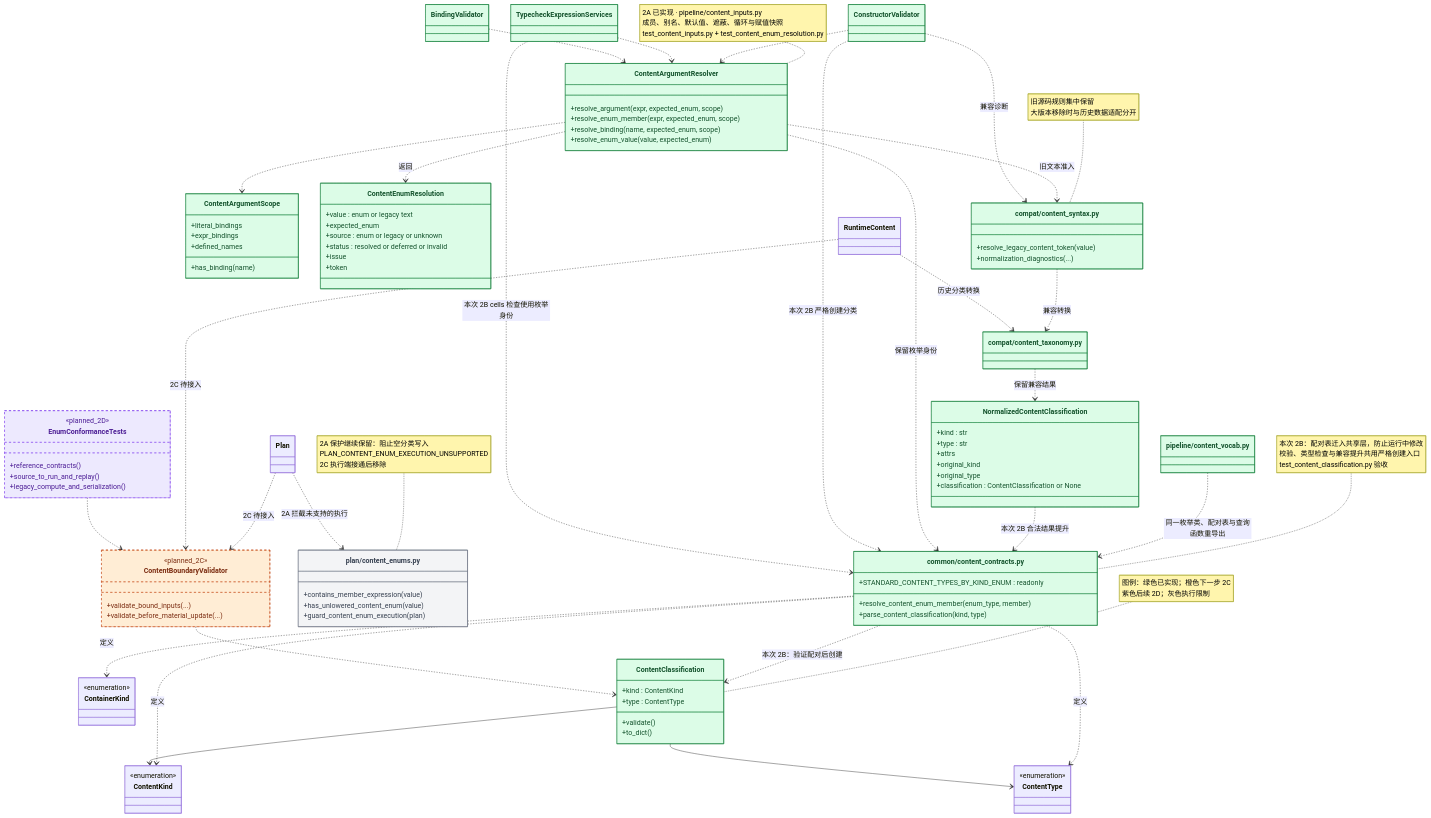
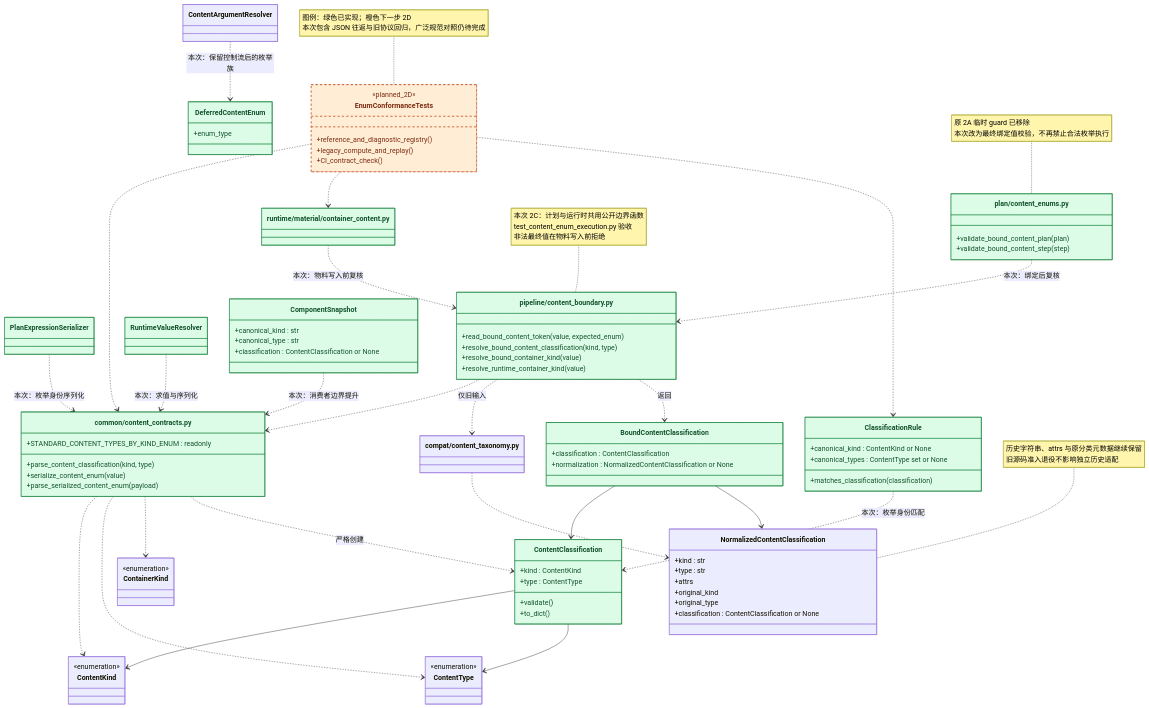
The third of 3 diagrams in docs/architecture/pipeline/validate_module_diagrams.md (culsma/culsma), drawn with Mermaid before and after one commit. The commit also changed other lines of this file and 22 other files, not shown here.

Commit message:
feat: execute content enums with bound classification checks

````diff
--- a/docs/architecture/pipeline/validate_module_diagrams.md
+++ b/docs/architecture/pipeline/validate_module_diagrams.md
@@ -116,8 +96,9 @@
 classDiagram
     class SharedContentContracts["common/content_contracts.py"]
     class SharedContentContracts {
-        +resolve_content_enum_member(enum_type, member)
         +parse_content_classification(kind, type)
+        +serialize_content_enum(value)
+        +parse_serialized_content_enum(payload)
         +STANDARD_CONTENT_TYPES_BY_KIND_ENUM : readonly
     }
     class ContentKind {
@@ -129,37 +110,41 @@
     class ContainerKind {
         <<enumeration>>
     }
-    SharedContentContracts ..> ContentKind : 定义
-    SharedContentContracts ..> ContentType : 定义
-    SharedContentContracts ..> ContainerKind : 定义
-    class ContentVocabulary["pipeline/content_vocab.py"]
-    ContentVocabulary ..> SharedContentContracts : 同一枚举类、配对表与查询函数重导出
-    class ContentArgumentScope {
-        +literal_bindings
-        +expr_bindings
-        +defined_names
-        +has_binding(name)
+    class ContentClassification {
+        +kind : ContentKind
+        +type : ContentType
+        +validate()
+        +to_dict()
     }
-    class ContentArgumentResolver {
-        +resolve_argument(expr, expected_enum, scope)
-        +resolve_enum_member(expr, expected_enum, scope)
-        +resolve_binding(name, expected_enum, scope)
-        +resolve_enum_value(value, expected_enum)
+    SharedContentContracts ..> ContentKind
+    SharedContentContracts ..> ContentType
+    SharedContentContracts ..> ContainerKind
+    SharedContentContracts ..> ContentClassification : 严格创建
+    ContentClassification --> ContentKind
+    ContentClassification --> ContentType
+    class ContentArgumentResolver
+    class DeferredContentEnum {
+        +enum_type
     }
-    class ContentEnumResolution {
-        +value : enum or legacy text
-        +expected_enum
-        +source : enum or legacy or unknown
-        +status : resolved or deferred or invalid
-        +issue
-        +token
+    ContentArgumentResolver ..> DeferredContentEnum : 本次：保留控制流后的枚举族
+    class PlanExpressionSerializer
+    PlanExpressionSerializer ..> SharedContentContracts : 本次：枚举身份序列化
+    class BoundContentPlanValidator["plan/content_enums.py"]
+    class BoundContentPlanValidator {
+        +validate_bound_content_plan(plan)
+        +validate_bound_content_step(step)
     }
-    class LegacyContentSyntax["compat/content_syntax.py"]
-    class LegacyContentSyntax {
-        +resolve_legacy_content_token(value)
-        +normalization_diagnostics(...)
+    class ContentBoundary["pipeline/content_boundary.py"]
+    class ContentBoundary {
+        +read_bound_content_token(value, expected_enum)
+        +resolve_bound_content_classification(kind, type)
+        +resolve_bound_container_kind(value)
+        +resolve_runtime_container_kind(value)
     }
-    class LegacyContentTaxonomy["compat/content_taxonomy.py"]
+    class BoundContentClassification {
+        +classification : ContentClassification
+        +normalization : NormalizedContentClassification or None
+    }
     class NormalizedContentClassification {
         +kind : str
         +type : str
@@ -168,74 +153,53 @@
         +original_type
         +classification : ContentClassification or None
     }
-    LegacyContentTaxonomy ..> NormalizedContentClassification : 保留兼容结果
-    NormalizedContentClassification ..> SharedContentContracts : 本次 2B 合法结果提升
-    class ConstructorValidator
-    class TypecheckExpressionServices
-    class BindingValidator
-    ConstructorValidator ..> ContentArgumentResolver
-    TypecheckExpressionServices ..> ContentArgumentResolver
-    BindingValidator ..> ContentArgumentResolver
-    ContentArgumentResolver ..> ContentArgumentScope
-    ContentArgumentResolver ..> ContentEnumResolution : 返回
-    ContentArgumentResolver ..> SharedContentContracts : 保留枚举身份
-    ContentArgumentResolver ..> LegacyContentSyntax : 旧文本准入
-    ConstructorValidator ..> SharedContentContracts : 本次 2B 严格创建分类
-    TypecheckExpressionServices ..> SharedContentContracts : 本次 2B cells 检查使用枚举身份
-    ConstructorValidator ..> LegacyContentSyntax : 兼容诊断
-    LegacyContentSyntax ..> LegacyContentTaxonomy : 兼容转换
-    class ContentEnumExecutionGuard["plan/content_enums.py"]
-    class ContentEnumExecutionGuard {
-        +contains_member_expression(value)
-        +has_unlowered_content_enum(value)
-        +guard_content_enum_execution(plan)
+    class LegacyContentTaxonomy["compat/content_taxonomy.py"]
+    BoundContentPlanValidator ..> ContentBoundary : 本次：绑定后复核
+    ContentBoundary ..> SharedContentContracts
+    ContentBoundary ..> LegacyContentTaxonomy : 仅旧输入
+    ContentBoundary ..> BoundContentClassification : 返回
+    BoundContentClassification --> ContentClassification
+    BoundContentClassification --> NormalizedContentClassification
+    LegacyContentTaxonomy ..> NormalizedContentClassification
+    class RuntimeValueResolver
+    RuntimeValueResolver ..> SharedContentContracts : 本次：求值与序列化
+    class RuntimeContent["runtime/material/container_content.py"]
+    RuntimeContent ..> ContentBoundary : 本次：物料写入前复核
+    class ComponentSnapshot {
+        +canonical_kind : str
+        +canonical_type : str
+        +classification : ContentClassification or None
     }
-    class Plan
-    class RuntimeContent
-    Plan ..> ContentEnumExecutionGuard : 2A 拦截未支持的执行
-    RuntimeContent ..> LegacyContentTaxonomy : 历史分类转换
-    class ContentClassification {
-        +kind : ContentKind
-        +type : ContentType
-        +validate()
-        +to_dict()
+    class ClassificationRule {
+        +canonical_kind : ContentKind or None
+        +canonical_types : ContentType set or None
+        +matches_classification(classification)
     }
-    SharedContentContracts ..> ContentClassification : 本次 2B：验证配对后创建
-    ContentClassification --> ContentKind
-    ContentClassification --> ContentType
-    class ContentBoundaryValidator {
-        <<planned_2C>>
-        +validate_bound_inputs(...)
-        +validate_before_material_update(...)
-    }
-    ContentBoundaryValidator ..> ContentClassification
-    Plan ..> ContentBoundaryValidator : 2C 待接入
-    RuntimeContent ..> ContentBoundaryValidator : 2C 待接入
+    ComponentSnapshot ..> SharedContentContracts : 本次：消费者边界提升
+    ClassificationRule ..> ContentClassification : 本次：枚举身份匹配
     class EnumConformanceTests {
         <<planned_2D>>
-        +reference_contracts()
-        +source_to_run_and_replay()
-        +legacy_compute_and_serialization()
+        +reference_and_diagnostic_registry()
+        +legacy_compute_and_replay()
+        +CI_contract_check()
     }
-    EnumConformanceTests ..> ContentBoundaryValidator
-    note for ContentArgumentResolver "2A 已实现 · pipeline/content_inputs.py<br/>成员、别名、默认值、遮蔽、循环与赋值快照<br/>test_content_inputs.py + test_content_enum_resolution.py"
-    note for SharedContentContracts "本次 2B：配对表迁入共享层，防止运行中修改<br/>校验、类型检查与兼容提升共用严格创建入口<br/>test_content_classification.py 验收"
-    note for ContentEnumExecutionGuard "2A 保护继续保留：阻止空分类写入<br/>PLAN_CONTENT_ENUM_EXECUTION_UNSUPPORTED<br/>2C 执行端接通后移除"
-    note for LegacyContentSyntax "旧源码规则集中保留<br/>大版本移除时与历史数据适配分开"
-    note for ContentClassification "图例：绿色已实现；橙色下一步 2C<br/>紫色后续 2D；灰色执行限制"
-    style ContentArgumentScope fill:#dcfce7,stroke:#15803d,color:#14532d
-    style ContentArgumentResolver fill:#dcfce7,stroke:#15803d,color:#14532d
-    style ContentEnumResolution fill:#dcfce7,stroke:#15803d,color:#14532d
+    EnumConformanceTests ..> SharedContentContracts
+    EnumConformanceTests ..> RuntimeContent
+    EnumConformanceTests ..> ClassificationRule
+    note for ContentBoundary "本次 2C：计划与运行时共用公开边界函数<br/>test_content_enum_execution.py 验收<br/>非法最终值在物料写入前拒绝"
+    note for BoundContentPlanValidator "原 2A 临时 guard 已移除<br/>本次改为最终绑定值校验，不再禁止合法枚举执行"
+    note for NormalizedContentClassification "历史字符串、attrs 与原分类元数据继续保留<br/>旧源码准入退役不影响独立历史适配"
+    note for EnumConformanceTests "图例：绿色已实现；橙色下一步 2D<br/>本次包含 JSON 往返与旧协议回归，广泛规范对照仍待完成"
     style SharedContentContracts fill:#dcfce7,stroke:#15803d,color:#14532d
-    style ContentVocabulary fill:#dcfce7,stroke:#15803d,color:#14532d
-    style ConstructorValidator fill:#dcfce7,stroke:#15803d,color:#14532d
-    style TypecheckExpressionServices fill:#dcfce7,stroke:#15803d,color:#14532d
-    style BindingValidator fill:#dcfce7,stroke:#15803d,color:#14532d
-    style LegacyContentSyntax fill:#dcfce7,stroke:#15803d,color:#14532d
-    style LegacyContentTaxonomy fill:#dcfce7,stroke:#15803d,color:#14532d
-    style ContentEnumExecutionGuard fill:#f3f4f6,stroke:#6b7280,color:#374151
     style ContentClassification fill:#dcfce7,stroke:#15803d,color:#14532d
-    style NormalizedContentClassification fill:#dcfce7,stroke:#15803d,color:#14532d
-    style ContentBoundaryValidator fill:#ffedd5,stroke:#c2410c,color:#7c2d12,stroke-dasharray:5 5
-    style EnumConformanceTests fill:#ede9fe,stroke:#7c3aed,color:#4c1d95,stroke-dasharray:5 5
+    style DeferredContentEnum fill:#dcfce7,stroke:#15803d,color:#14532d
+    style PlanExpressionSerializer fill:#dcfce7,stroke:#15803d,color:#14532d
+    style BoundContentPlanValidator fill:#dcfce7,stroke:#15803d,color:#14532d
+    style ContentBoundary fill:#dcfce7,stroke:#15803d,color:#14532d
+    style BoundContentClassification fill:#dcfce7,stroke:#15803d,color:#14532d
+    style RuntimeValueResolver fill:#dcfce7,stroke:#15803d,color:#14532d
+    style RuntimeContent fill:#dcfce7,stroke:#15803d,color:#14532d
+    style ComponentSnapshot fill:#dcfce7,stroke:#15803d,color:#14532d
+    style ClassificationRule fill:#dcfce7,stroke:#15803d,color:#14532d
+    style EnumConformanceTests fill:#ffedd5,stroke:#c2410c,color:#7c2d12,stroke-dasharray:5 5
 ```
````
